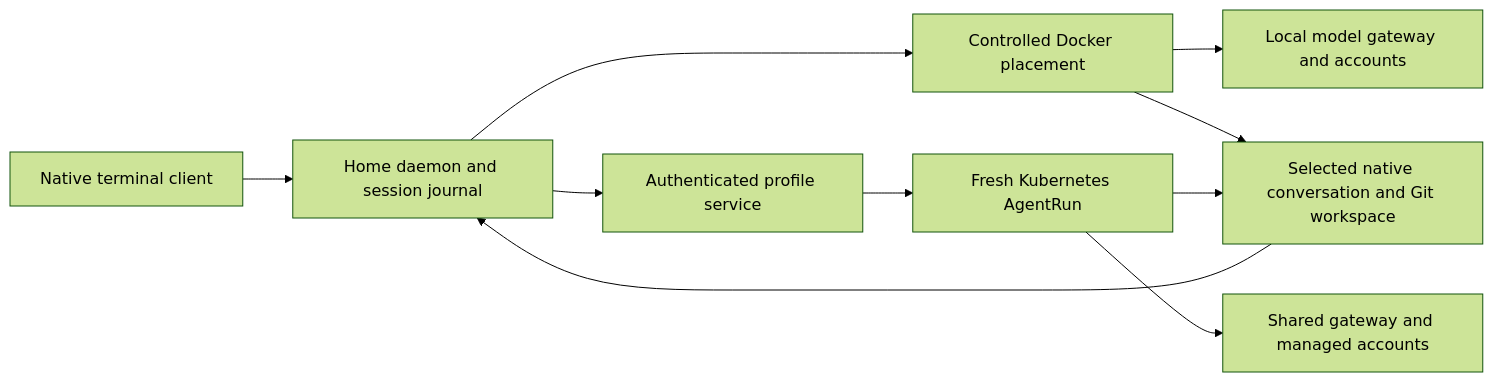
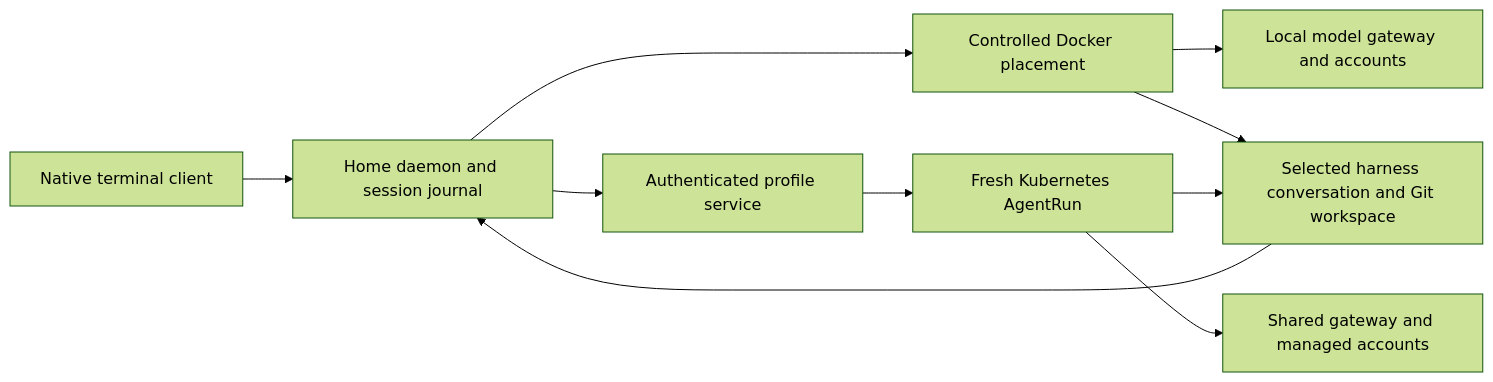
Before and after one commit to andrewmccall/sproozi: the second of 2 diagrams in docs/explanations/system-architecture.md, drawn with Mermaid (forest theme). The commit also changed other lines of this file and 240 other files, not shown here.

````diff
--- a/docs/explanations/system-architecture.md
+++ b/docs/explanations/system-architecture.md
@@ -168,12 +182,12 @@
 ```mermaid
 flowchart LR
     CLI[Native terminal client] --> Home[Home daemon and session journal]
     Home --> Docker[Controlled Docker placement]
     Home --> Profile[Authenticated profile service]
     Profile --> Run[Fresh Kubernetes AgentRun]
     Docker --> LocalGateway[Local model gateway and accounts]
     Run --> Gateway[Shared gateway and managed accounts]
-    Docker --> Checkpoint[Selected native conversation and Git workspace]
+    Docker --> Checkpoint[Selected harness conversation and Git workspace]
     Run --> Checkpoint
     Checkpoint --> Home
 ```
````
